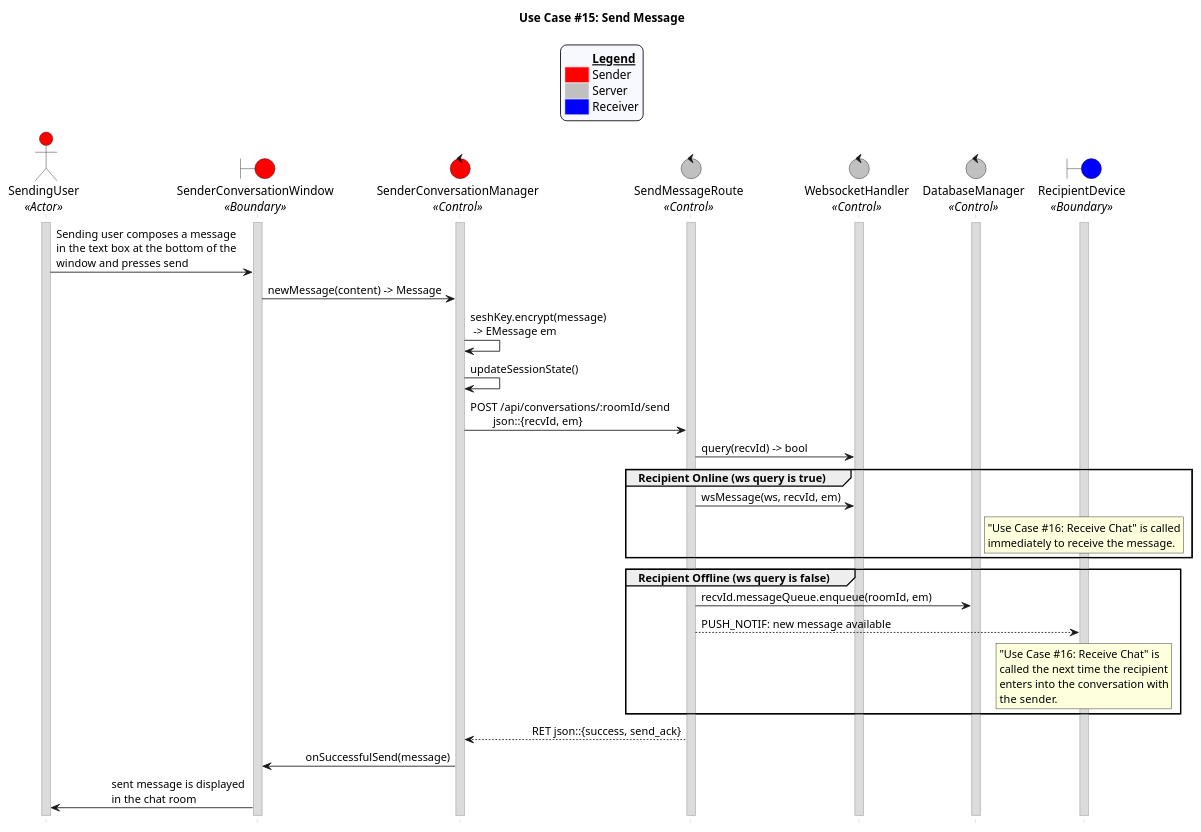
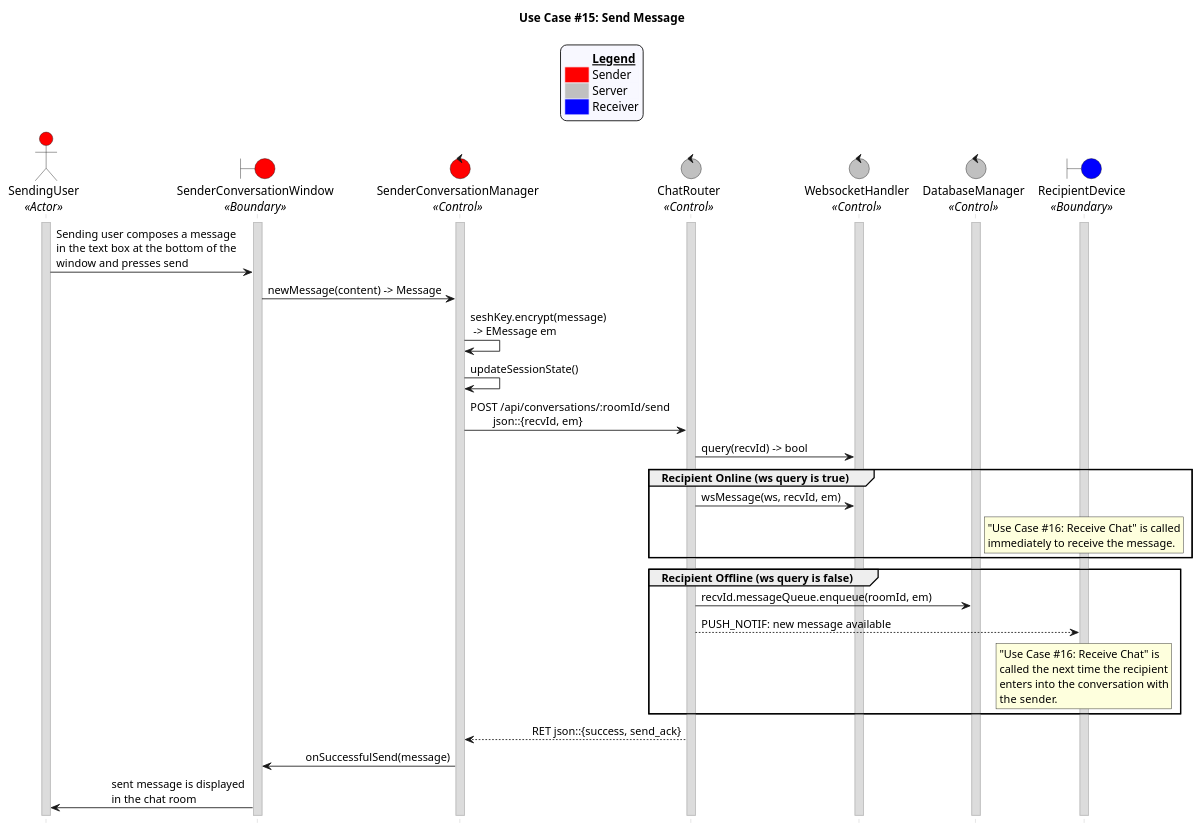
The diagram in uc_15.puml (CECS-491-SP24-Group-1/seq-diagrams), drawn with PlantUML before and after one commit. The commit also changed 1 other file, not shown here.

Commit message:
Rename serverside router

```diff
--- a/uc_15.puml
+++ b/uc_15.puml
@@ -1,87 +1,87 @@
 @startuml uc15
 title "Use Case #15: Send Message"
 
 'Styling goes here
 hide footbox
 skinparam stereotypePosition bottom
 skinparam sequenceMessageAlign direction
 skinparam sequence {
 	LifeLineBorderColor #Silver
 	LifeLineBackgroundColor #Gainsboro
 }
 
 'Add a legend plus styling
 skinparam legend {
 	backgroundColor #GhostWhite
 	entrySeparator #GhostWhite
 }
 
 legend top
 	<#GhostWhite,#GhostWhite>|	|= __Legend__ |
 	|<#red> | Sender|
 	|<#silver> | Server|
 	|<#blue> | Receiver|
 endlegend
 
 'Setup the objects involved here
 actor SendingUser as u <<Actor>> #red
 boundary SenderConversationWindow as scw <<Boundary>> #red
 control SenderConversationManager as scm <<Control>> #red
-control SendMessageRoute as smr <<Control>> #silver
+control ChatRouter as cr <<Control>> #silver
 control WebsocketHandler as ws <<Control>> #silver
 control DatabaseManager as db <<Control>> #silver
 boundary RecipientDevice as rd <<Boundary>> #blue
 
 'Setup persistent objects here
 activate u
 activate scw
 activate scm
-activate smr
+activate cr
 activate ws
 activate db
 activate rd
 
 '--- FLOW OF CONTROL STARTS HERE ---
 'The sending user composes a message.
 u -> scw: Sending user composes a message \nin the text box at the bottom of the \nwindow and presses send
 scw -> scm: newMessage(content) -> Message
 
 'The sending user’s device encrypts the message and updates the ratchet state before sending the message.
 scm -> scm: seshKey.encrypt(message)\n -> EMessage em
 scm -> scm: updateSessionState()
-scm -> smr: POST /api/conversations/:roomId/send \n\tjson::{recvId, em}
+scm -> cr: POST /api/conversations/:roomId/send \n\tjson::{recvId, em}
 
 'Check if the user is online first.
-smr -> ws: query(recvId) -> bool
+cr -> ws: query(recvId) -> bool
 
 'Case 1: The recipient is online
 group Recipient Online (ws query is true)
 	'If the receiving user is online, they call Use Case 16: Receive Chat to receive the chat immediately.
-	smr -> ws: wsMessage(ws, recvId, em)
+	cr -> ws: wsMessage(ws, recvId, em)
 	rnote over rd
 	"Use Case #16: Receive Chat" is called
 	immediately to receive the message.
 	end note
 end
 
 'Case 2: The recipient is offline
 group Recipient Offline (ws query is false)
 	'If the receiving user is offline, a notification is sent to them and their device pulls down the message the next time they enter the chat room.
 	'The server enqueues the message into the receiver's receive queue.
-	smr -> db: recvId.messageQueue.enqueue(roomId, em)
-	smr --> rd: PUSH_NOTIF: new message available
+	cr -> db: recvId.messageQueue.enqueue(roomId, em)
+	cr --> rd: PUSH_NOTIF: new message available
 	rnote over rd
 	"Use Case #16: Receive Chat" is 
 	called the next time the recipient
 	enters into the conversation with
 	the sender.
 	end note
 end
 
 'Cleanup
-smr --> scm: RET json::{success, send_ack}
+cr --> scm: RET json::{success, send_ack}
 scm -> scw: onSuccessfulSend(message)
 scw -> u: sent message is displayed \nin the chat room
 '--- FLOW OF CONTROL ENDS HERE   ---
 
 @enduml
```
